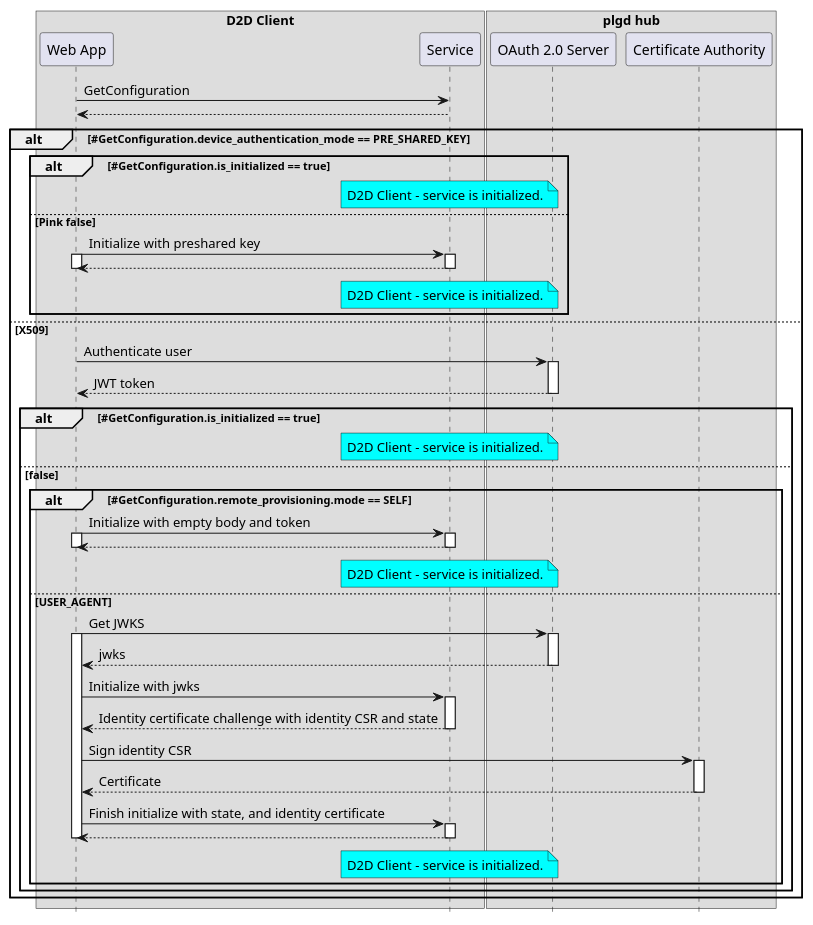
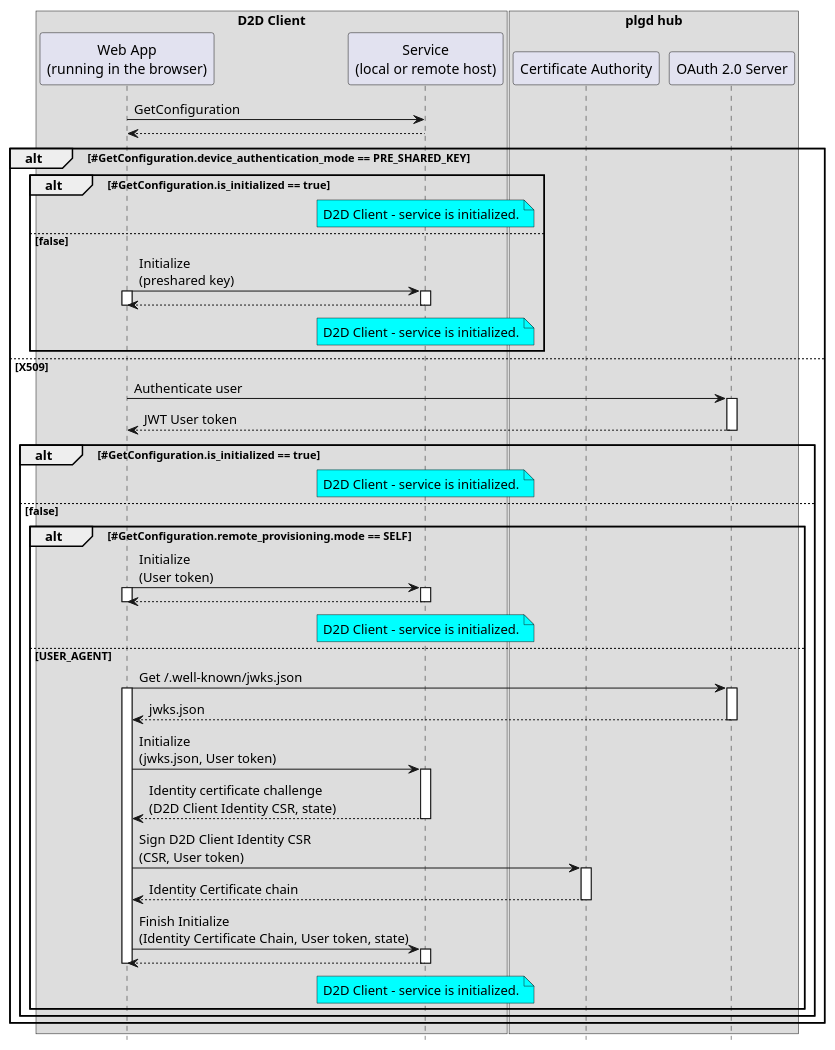
One commit to plgd-dev/client-application changed the diagram in initialize.plantuml. Above: the diagram before and after it, drawn with PlantUML. The commit also changed 1 other file, not shown here.

```diff
--- a/initialize.plantuml
+++ b/initialize.plantuml
@@ -1,64 +1,64 @@
 @startuml Sequence
 skinparam backgroundColor transparent
 hide footbox
 
 box "D2D Client"
-participant C as "Web App"
-participant S as "Service"
+participant S as "Web App\n(running in the browser)"
+participant C as "Service\n(local or remote host)"
 end box
 
 box "plgd hub"
-participant O as "OAuth 2.0 Server"
 participant CA as "Certificate Authority"
+participant OA as "OAuth 2.0 Server"
 end box
 
-C -> S: GetConfiguration
+S -> C: GetConfiguration
 return
 alt #GetConfiguration.device_authentication_mode == PRE_SHARED_KEY
   alt #GetConfiguration.is_initialized == true
-      note over S #aqua
+      note over C #aqua
        D2D Client - service is initialized.
       end note
-  else Pink false
-      C -> S ++: Initialize with preshared key
-      activate C
+  else false
+      S -> C ++: Initialize\n(preshared key) 
+      activate S
       return
-      note over S #aqua
+      note over C #aqua
       D2D Client - service is initialized.
       end note
-      deactivate C
+      deactivate S
   end
 else X509
-    C -> O ++: Authenticate user
-    return JWT token 
+    S -> OA ++: Authenticate user
+    return JWT User token 
     alt #GetConfiguration.is_initialized == true
-      note over S #aqua
+      note over C #aqua
       D2D Client - service is initialized.
       end note
     else false
         alt #GetConfiguration.remote_provisioning.mode == SELF
-          C -> S ++: Initialize with empty body and token
-          activate C
+          S -> C ++: Initialize\n(User token)
+          activate S
           return
-          note over S #aqua
+          note over C #aqua
           D2D Client - service is initialized.
           end note
-          deactivate C
+          deactivate S
         else USER_AGENT
-          C -> O ++: Get JWKS
-          activate C
-          return jwks
-          C -> S ++: Initialize with jwks
-          return Identity certificate challenge with identity CSR and state
-          C-> CA ++: Sign identity CSR
-          return Certificate
-          C -> S ++: Finish initialize with state, and identity certificate
+          S -> OA ++: Get /.well-known/jwks.json
+          activate S
+          return jwks.json
+          S -> C ++: Initialize\n(jwks.json, User token)
+          return Identity certificate challenge\n(D2D Client Identity CSR, state)
+          S-> CA ++: Sign D2D Client Identity CSR\n(CSR, User token)
+          return Identity Certificate chain
+          S -> C ++: Finish Initialize\n(Identity Certificate Chain, User token, state)
           return
-          note over S #aqua
+          note over C #aqua
           D2D Client - service is initialized.
           end note
-          deactivate C
+          deactivate S
         end
     end
 end
 @enduml
```
